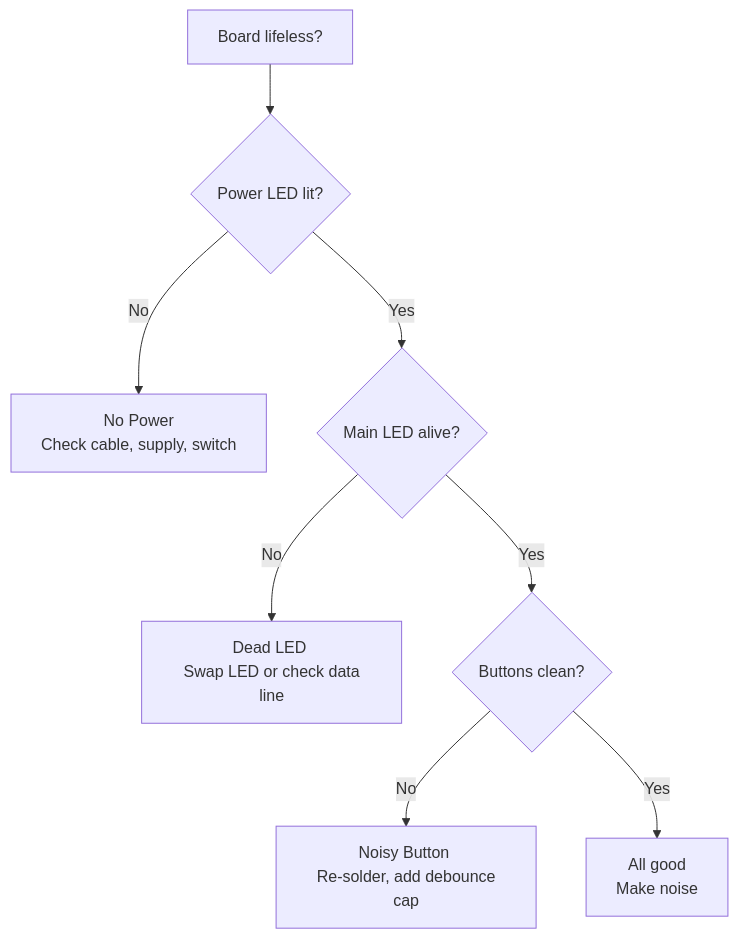
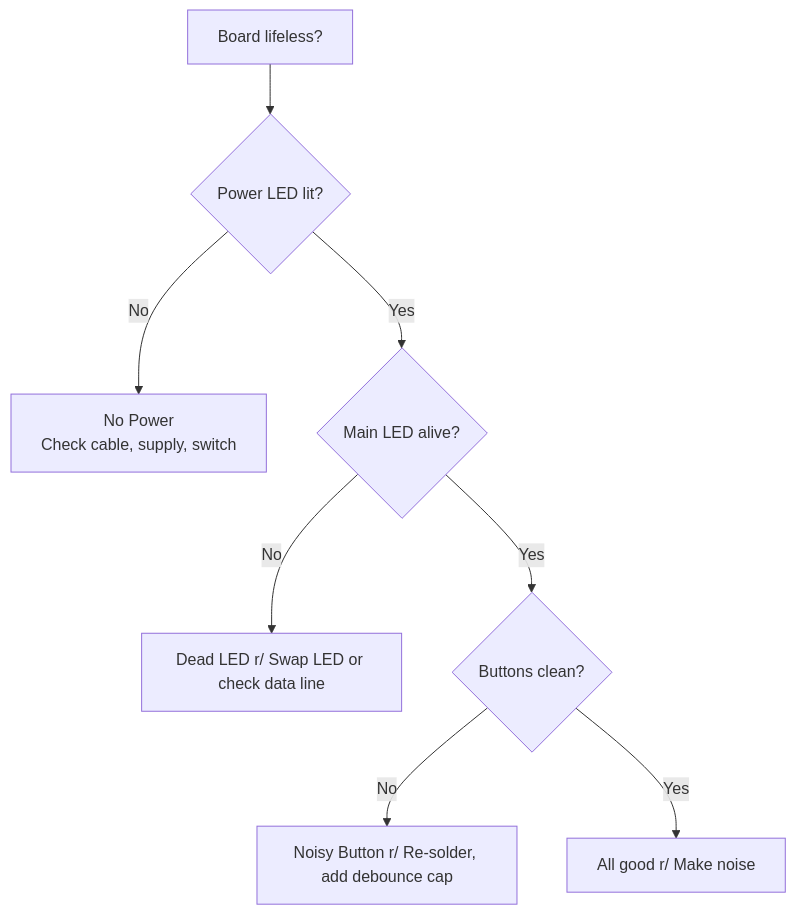
Before and after one commit to bseverns/MOARkNOBS-42: the diagram in docs/Troubleshooting.md, drawn with Mermaid.

````diff
--- a/docs/Troubleshooting.md
+++ b/docs/Troubleshooting.md
@@ -7,10 +7,10 @@
 ```mermaid
 flowchart TD
   A[Board lifeless?] --> B{Power LED lit?}
   B -- No --> C[No Power\nCheck cable, supply, switch]
   B -- Yes --> D{Main LED alive?}
-  D -- No --> E[Dead LED \n Swap LED or check data line]
+  D -- No --> E[Dead LED r/ Swap LED or check data line]
   D -- Yes --> F{Buttons clean?}
-  F -- No --> G[Noisy Button \n Re-solder, add debounce cap]
-  F -- Yes --> H[All good \n Make noise]
+  F -- No --> G[Noisy Button r/ Re-solder, add debounce cap]
+  F -- Yes --> H[All good r/ Make noise]
 ```
````
